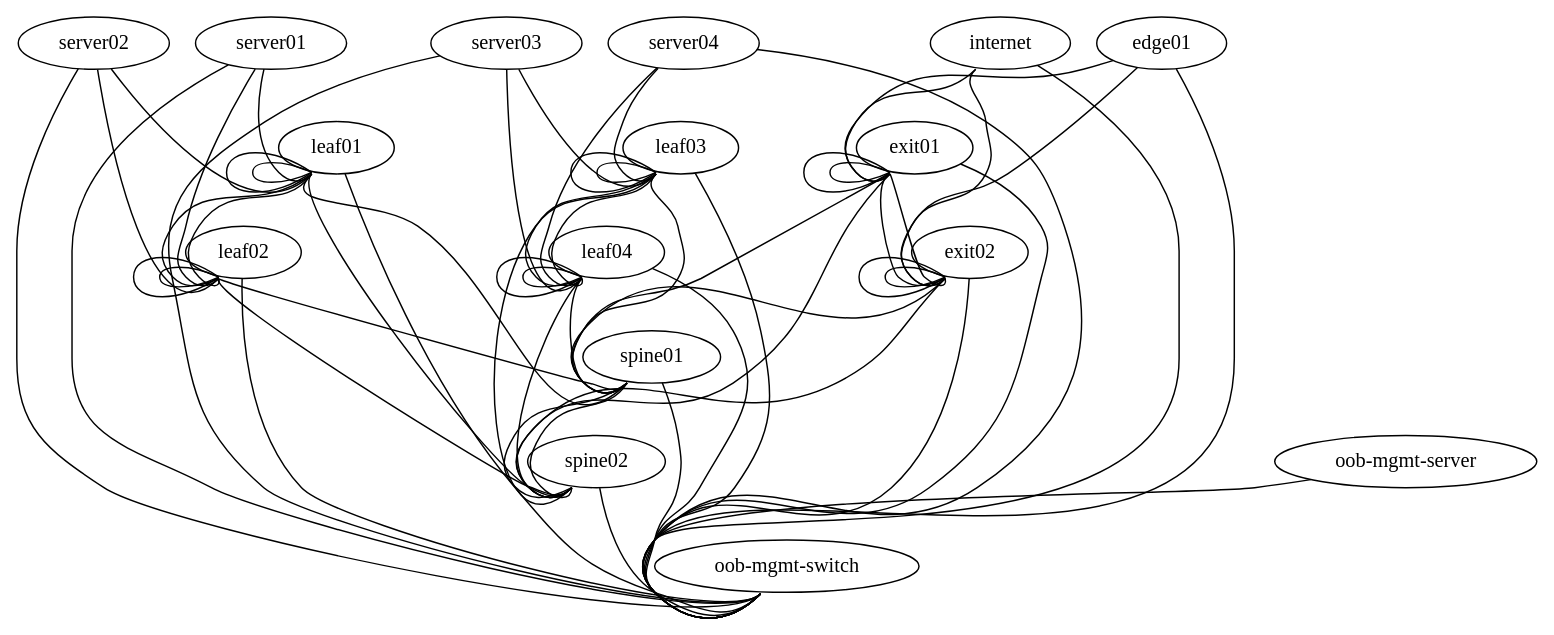
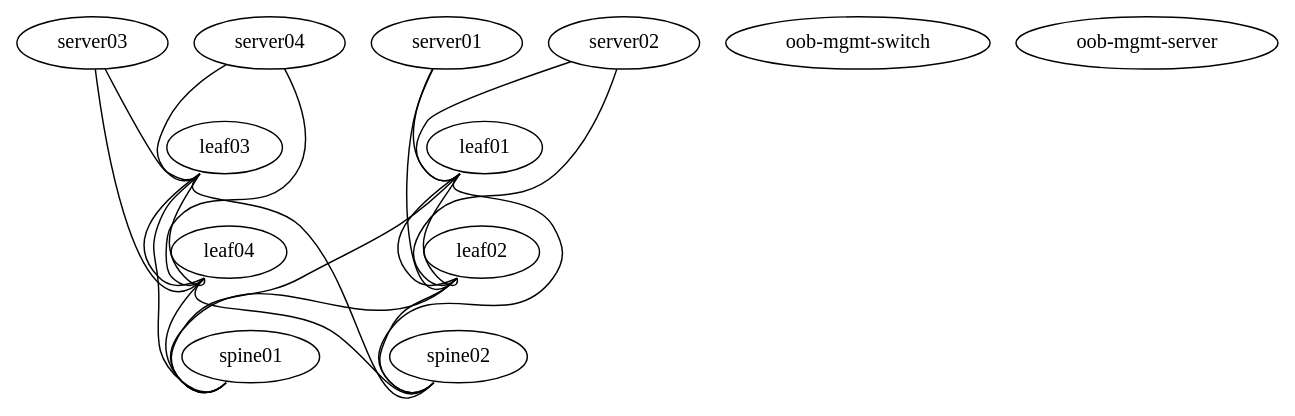
One commit to ls62-dev/citc-enable-ptm changed the diagram in topology.dot. Above: the diagram before and after it, drawn with Graphviz.

Commit message:
fixed topo to match

```diff
--- a/topology.dot
+++ b/topology.dot
@@ -1,86 +1,38 @@
 graph vx {
  "leaf01" [function="leaf" os="CumulusCommunity/cumulus-vx" version="3.7.3" memory="768" config="./helper_scripts/config_switch.sh" ]
  "leaf02" [function="leaf" os="CumulusCommunity/cumulus-vx" version="3.7.3" memory="768" config="./helper_scripts/config_switch.sh" ]
  "leaf03" [function="leaf" os="CumulusCommunity/cumulus-vx" version="3.7.3" memory="768" config="./helper_scripts/config_switch.sh" ]
  "leaf04" [function="leaf" os="CumulusCommunity/cumulus-vx" version="3.7.3" memory="768" config="./helper_scripts/config_switch.sh" ]
  "spine01" [function="spine" os="CumulusCommunity/cumulus-vx" version="3.7.3" memory="768" config="./helper_scripts/config_switch.sh" ]
  "spine02" [function="spine" os="CumulusCommunity/cumulus-vx" version="3.7.3" memory="768" config="./helper_scripts/config_switch.sh" ]
- "exit01" [function="exit" os="CumulusCommunity/cumulus-vx" version="3.7.3" memory="768" config="./helper_scripts/config_switch.sh" ]
- "exit02" [function="exit" os="CumulusCommunity/cumulus-vx" version="3.7.3" memory="768" config="./helper_scripts/config_switch.sh" ]
  "server01" [function="host" os="yk0/ubuntu-xenial" memory="512" config="./helper_scripts/config_server.sh" ]
  "server02" [function="host" os="yk0/ubuntu-xenial" memory="512" config="./helper_scripts/config_server.sh" ]
  "server03" [function="host" os="yk0/ubuntu-xenial" memory="512" config="./helper_scripts/config_server.sh" ]
  "server04" [function="host" os="yk0/ubuntu-xenial" memory="512" config="./helper_scripts/config_server.sh" ]
- "edge01" [function="host" os="yk0/ubuntu-xenial" memory="768" config="./helper_scripts/config_server.sh" ]
- "internet" [function="internet" vagrant="swp48" os="CumulusCommunity/cumulus-vx" version="3.7.3" memory="768" config="./helper_scripts/config_internet.sh" ]
  "oob-mgmt-switch" [function="oob-switch" vagrant="eth0" os="CumulusCommunity/cumulus-vx" version="3.7.3" memory="768" config="./helper_scripts/config_oob_switch.sh" ]
  "oob-mgmt-server" [function="oob-server" vagrant="eth0" os="CumulusCommunity/vx_oob_server" version="1.0.4" memory="1024" config="./helper_scripts/config_oob_server.sh" ]
 
  "leaf01":"swp51" -- "spine01":"swp1"
  "leaf02":"swp51" -- "spine01":"swp2"
  "leaf03":"swp51" -- "spine01":"swp3"
  "leaf04":"swp51" -- "spine01":"swp4"
+
  "leaf01":"swp52" -- "spine02":"swp1"
  "leaf02":"swp52" -- "spine02":"swp2"
  "leaf03":"swp52" -- "spine02":"swp3"
  "leaf04":"swp52" -- "spine02":"swp4"
 
+ "leaf01":"swp48" -- "leaf02":"swp48"
  "leaf01":"swp49" -- "leaf02":"swp49"
- "leaf01":"swp50" -- "leaf02":"swp50"
+ "leaf03":"swp48" -- "leaf04":"swp48"
  "leaf03":"swp49" -- "leaf04":"swp49"
- "leaf03":"swp50" -- "leaf04":"swp50"
-
- "spine01":"swp31" -- "spine02":"swp31"
- "spine01":"swp32" -- "spine02":"swp32"
- "exit01":"swp49" -- "exit02":"swp49"
- "exit01":"swp50" -- "exit02":"swp50"
 
  "server01":"eth1" -- "leaf01":"swp1" [left_mac="00:03:00:11:11:01"]
  "server01":"eth2" -- "leaf02":"swp1" [left_mac="00:03:00:11:11:02"]
  "server02":"eth1" -- "leaf01":"swp2" [left_mac="00:03:00:22:22:01"]
  "server02":"eth2" -- "leaf02":"swp2" [left_mac="00:03:00:22:22:02"]
  "server03":"eth1" -- "leaf03":"swp1" [left_mac="00:03:00:33:33:01"]
  "server03":"eth2" -- "leaf04":"swp1" [left_mac="00:03:00:33:33:02"]
  "server04":"eth1" -- "leaf03":"swp2" [left_mac="00:03:00:44:44:01"]
  "server04":"eth2" -- "leaf04":"swp2" [left_mac="00:03:00:44:44:02"]
-
- "exit01":"swp51" -- "spine01":"swp30"
- "exit01":"swp52" -- "spine02":"swp30"
- "exit02":"swp51" -- "spine01":"swp29"
- "exit02":"swp52" -- "spine02":"swp29"
- "exit01":"swp45" -- "exit01":"swp46"
- "exit01":"swp47" -- "exit01":"swp48"
- "exit02":"swp45" -- "exit02":"swp46"
- "exit02":"swp47" -- "exit02":"swp48"
-
- "leaf01":"swp45" -- "leaf01":"swp46"
- "leaf01":"swp47" -- "leaf01":"swp48"
- "leaf02":"swp45" -- "leaf02":"swp46"
- "leaf02":"swp47" -- "leaf02":"swp48"
- "leaf03":"swp45" -- "leaf03":"swp46"
- "leaf03":"swp47" -- "leaf03":"swp48"
- "leaf04":"swp45" -- "leaf04":"swp46"
- "leaf04":"swp47" -- "leaf04":"swp48"
-
- "internet":"swp1" -- "exit01":"swp44"
- "internet":"swp2" -- "exit02":"swp44"
-
- "edge01":"eth1" -- "exit01":"swp1"
- "edge01":"eth2" -- "exit02":"swp1"
-
- "oob-mgmt-server":"eth1" -- "oob-mgmt-switch":"swp1" [right_mac="a0:00:00:00:00:61"]
- "server01":"eth0" -- "oob-mgmt-switch":"swp2" [left_mac="a0:00:00:00:00:31"]
- "server02":"eth0" -- "oob-mgmt-switch":"swp3" [left_mac="a0:00:00:00:00:32"]
- "server03":"eth0" -- "oob-mgmt-switch":"swp4" [left_mac="a0:00:00:00:00:33"]
- "server04":"eth0" -- "oob-mgmt-switch":"swp5" [left_mac="a0:00:00:00:00:34"]
- "leaf01":"eth0" -- "oob-mgmt-switch":"swp6" [left_mac="a0:00:00:00:00:11"]
- "leaf02":"eth0" -- "oob-mgmt-switch":"swp7" [left_mac="a0:00:00:00:00:12"]
- "leaf03":"eth0" -- "oob-mgmt-switch":"swp8" [left_mac="a0:00:00:00:00:13"]
- "leaf04":"eth0" -- "oob-mgmt-switch":"swp9" [left_mac="a0:00:00:00:00:14"]
- "spine01":"eth0" -- "oob-mgmt-switch":"swp10" [left_mac="a0:00:00:00:00:21"]
- "spine02":"eth0" -- "oob-mgmt-switch":"swp11" [left_mac="a0:00:00:00:00:22"]
- "exit01":"eth0" -- "oob-mgmt-switch":"swp12" [left_mac="a0:00:00:00:00:41"]
- "exit02":"eth0" -- "oob-mgmt-switch":"swp13" [left_mac="a0:00:00:00:00:42"]
- "edge01":"eth0" -- "oob-mgmt-switch":"swp14" [left_mac="a0:00:00:00:00:51"]
- "internet":"eth0" -- "oob-mgmt-switch":"swp15" [left_mac="a0:00:00:00:00:50"]
 }
```
